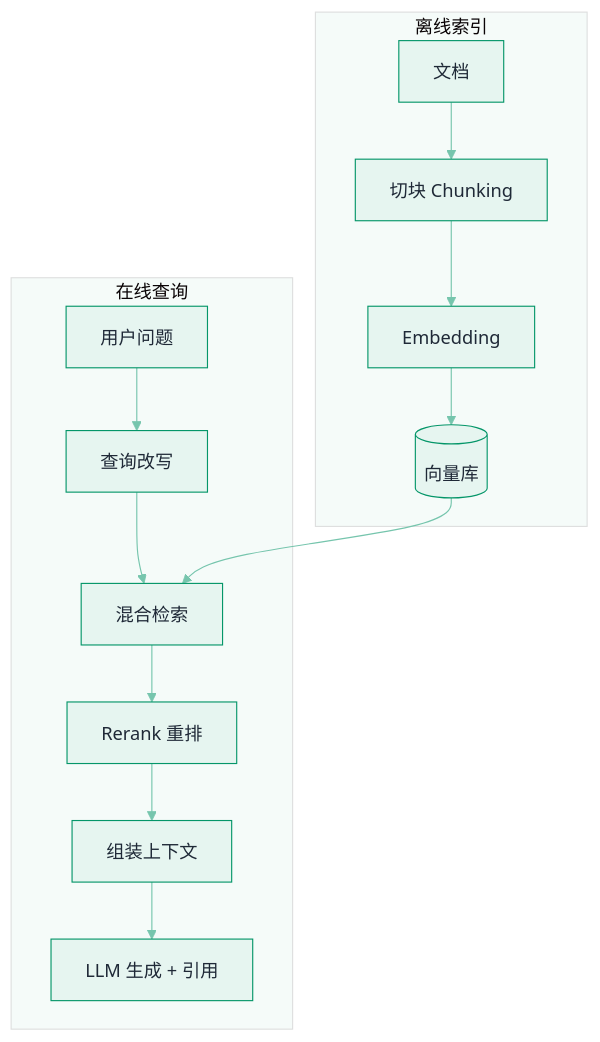
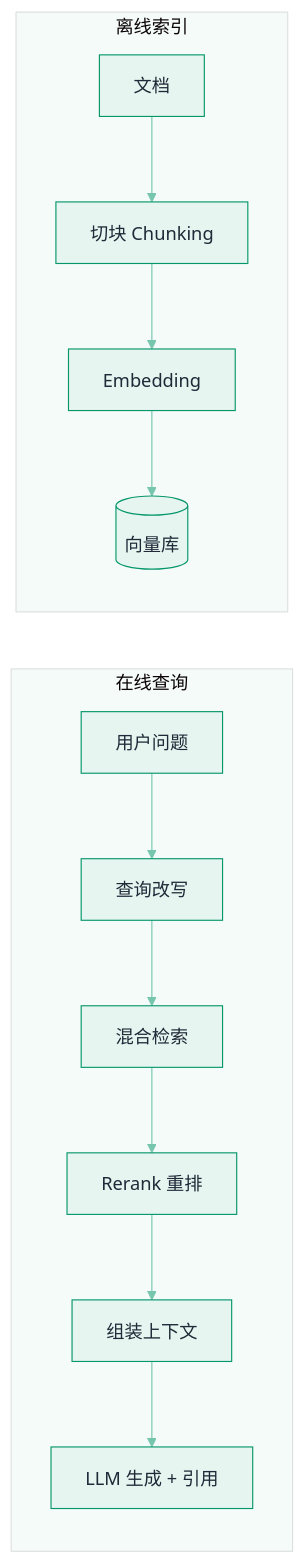
One commit to funny8kids/ai-agent-handbook changed the diagram in docs/06-memory-rag/rag-basics.md. Above: the diagram before and after it, drawn with Mermaid. The commit also changed other lines of this file and 45 other files, not shown here.

First line of the commit message:
Thicken 12 thin pages, clear 25 over-width diagrams, re-proportion 10 thin-ribbon diagrams

````diff
--- a/docs/06-memory-rag/rag-basics.md
+++ b/docs/06-memory-rag/rag-basics.md
@@ -70,17 +70,16 @@
 ```mermaid
 %%{init: {"theme":"base","themeVariables":{"primaryColor":"#E6F5F0","primaryBorderColor":"#059669","primaryTextColor":"#1F2937","secondaryColor":"#C8E8DE","tertiaryColor":"#F5FBF9","lineColor":"#76C5AD","actorBkg":"#EBF7F3","actorBorder":"#059669","actorTextColor":"#1F2937","signalColor":"#50B696","noteBkgColor":"#D2ECE4","noteBorderColor":"#059669","noteTextColor":"#1F2937","labelBoxBkgColor":"#E6F5F0","labelBoxBorderColor":"#059669"}}}%%
-flowchart TB
+flowchart LR
+  subgraph 查询侧[在线查询]
+    B1[用户问题] --> B2[查询改写]
+    B2 --> B3[混合检索]
+    B3 --> B4[Rerank 重排]
+    B4 --> B5[组装上下文]
+    B5 --> B6[LLM 生成 + 引用]
+  end
   subgraph 索引侧[离线索引]
     A1[文档] --> A2[切块 Chunking]
     A2 --> A3[Embedding]
     A3 --> A4[(向量库)]
   end
-  subgraph 查询侧[在线查询]
-    B1[用户问题] --> B2[查询改写]
-    B2 --> B3[混合检索]
-    A4 --> B3
-    B3 --> B4[Rerank 重排]
-    B4 --> B5[组装上下文]
-    B5 --> B6[LLM 生成 + 引用]
-  end
 ```
````
